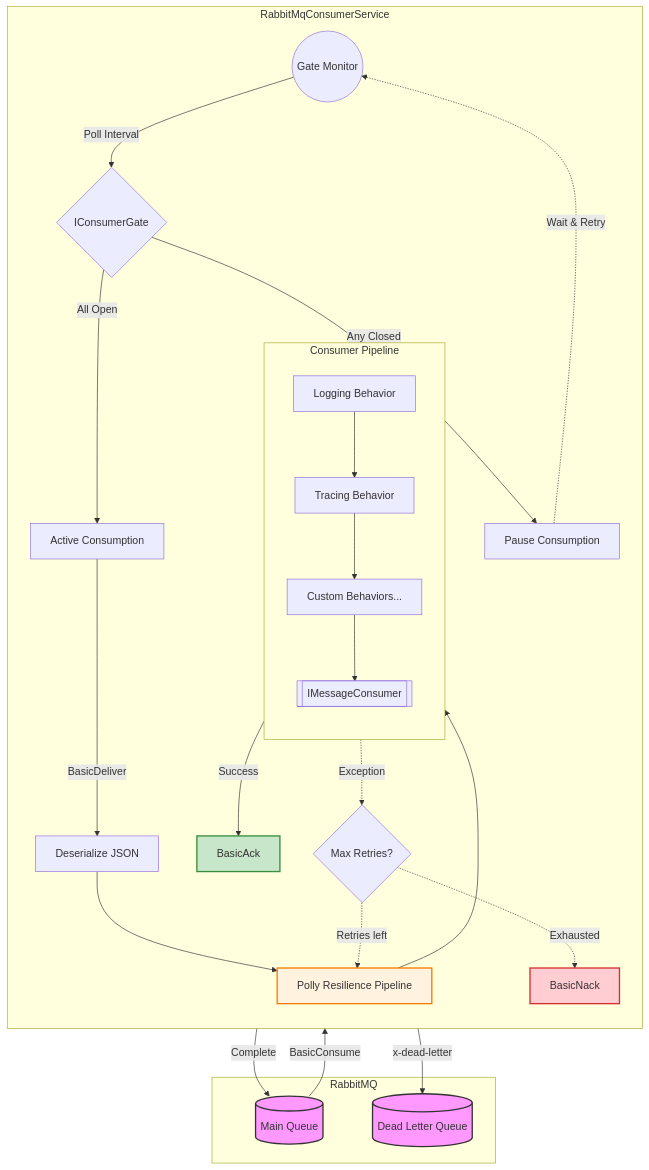
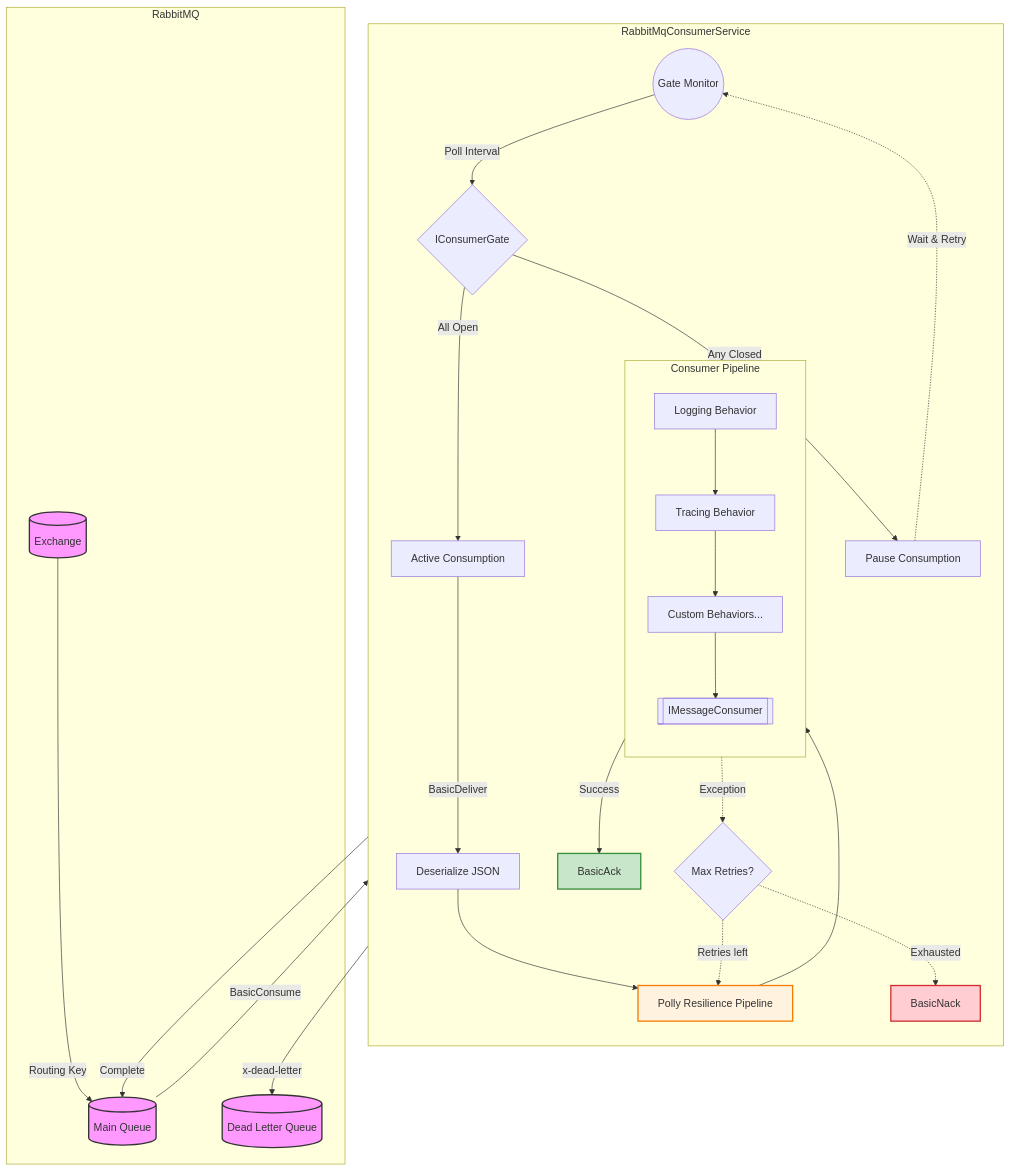
The diagram in README.md (ASHWINI-GUPTA/Messaging.Core), drawn with Mermaid before and after one commit. The commit also changed other lines of this file, not shown here.

````diff
--- a/README.md
+++ b/README.md
@@ -10,47 +10,51 @@
 ```mermaid
 flowchart TD
     classDef broker fill:#f9f,stroke:#333,stroke-width:2px;
     classDef pipeline fill:#fff3e0,stroke:#f57c00,stroke-width:2px;
     classDef success fill:#c8e6c9,stroke:#388e3c,stroke-width:2px;
     classDef fail fill:#ffcdd2,stroke:#d32f2f,stroke-width:2px;
 
     subgraph Broker [RabbitMQ]
+        Exchange[(Exchange)]:::broker
         Queue[(Main Queue)]:::broker
         DLQ[(Dead Letter Queue)]:::broker
     end
 
     subgraph Service [RabbitMqConsumerService]
         direction TB
+        
+        %% Topology
+        Exchange -->|Routing Key| Queue
         
         %% Gates
         GateMonitor((Gate Monitor)) -->|Poll Interval| Gates{IConsumerGate}
         Gates -->|All Open| Consume[Active Consumption]
         Gates -->|Any Closed| Pause[Pause Consumption]
         Pause -.->|Wait & Retry| GateMonitor
         
         %% Delivery
         Queue -->|BasicConsume| Consume
         Consume -->|BasicDeliver| Deserialize[Deserialize JSON]
         
         %% Execution
         Deserialize --> Polly[Polly Resilience Pipeline]:::pipeline
         
         subgraph Pipeline [Consumer Pipeline]
             direction TB
             Log[Logging Behavior] --> Trace[Tracing Behavior]
             Trace --> Custom[Custom Behaviors...]
             Custom --> Handler[[IMessageConsumer<T>]]
         end
         
         Polly --> Pipeline
         
         %% Outcomes
         Handler -- Success --> Ack[BasicAck]:::success
         Handler -. Exception .-> Retry{Max Retries?}
         Retry -. Retries left .-> Polly
         Retry -. Exhausted .-> Nack[BasicNack]:::fail
     end
 
     Ack -->|Complete| Queue
     Nack -->|x-dead-letter| DLQ
 ```
````
